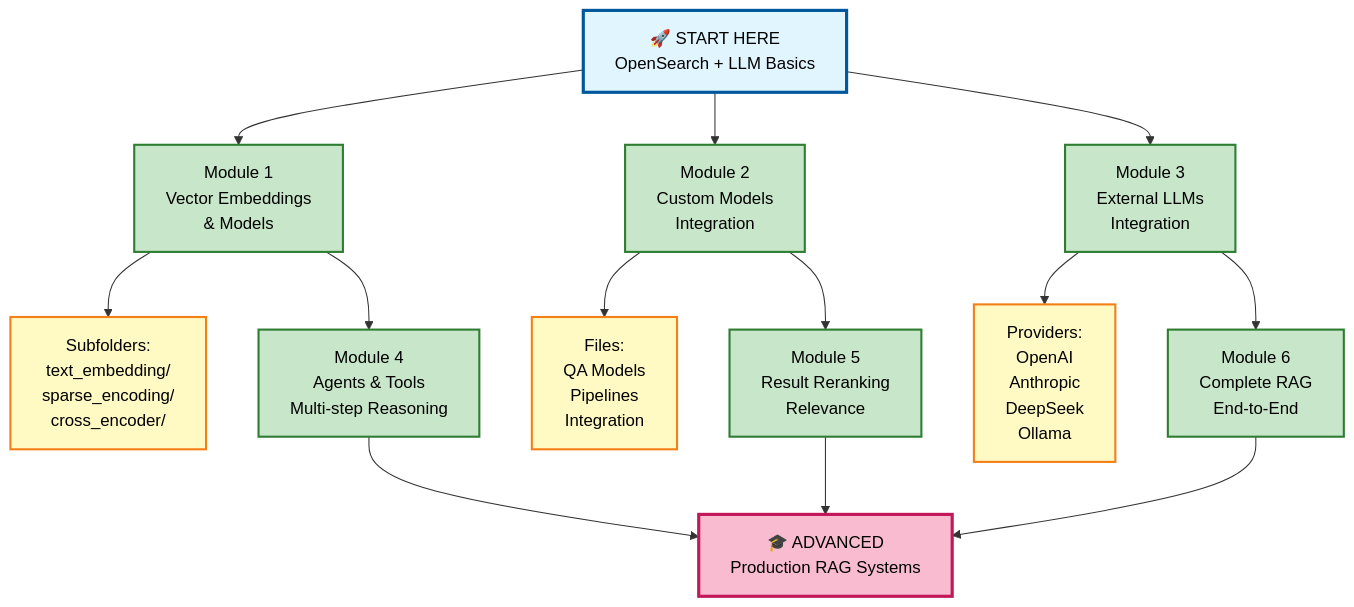
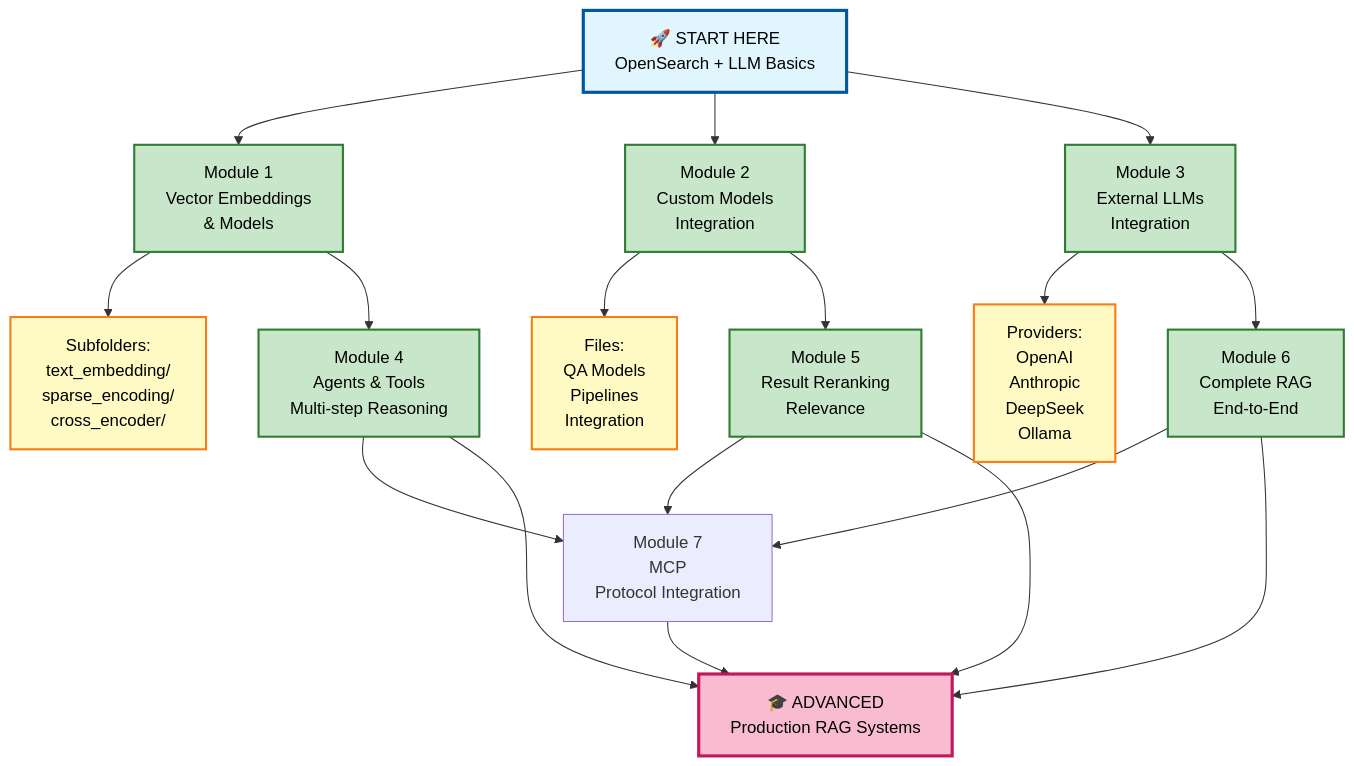
The first of 7 diagrams in 5. AGENTIC_SEARCH/DOCUMENTATION_INDEX.md (machzqcq/elasticsearch_opensearch), drawn with Mermaid before and after one commit. The commit also changed other lines of this file and 31 other files, not shown here.

````diff
--- a/5. AGENTIC_SEARCH/DOCUMENTATION_INDEX.md
+++ b/5. AGENTIC_SEARCH/DOCUMENTATION_INDEX.md
@@ -32,28 +32,33 @@
 ```mermaid
 graph TD
     Start["🚀 START HERE<br/>OpenSearch + LLM Basics"] --> M1["Module 1<br/>Vector Embeddings<br/>& Models"]
     Start --> M2["Module 2<br/>Custom Models<br/>Integration"]
     Start --> M3["Module 3<br/>External LLMs<br/>Integration"]
     
     M1 --> S["Subfolders:<br/>text_embedding/<br/>sparse_encoding/<br/>cross_encoder/"]
     M2 --> C["Files:<br/>QA Models<br/>Pipelines<br/>Integration"]
     M3 --> E["Providers:<br/>OpenAI<br/>Anthropic<br/>DeepSeek<br/>Ollama"]
     
     M1 --> M4["Module 4<br/>Agents & Tools<br/>Multi-step Reasoning"]
     M2 --> M5["Module 5<br/>Result Reranking<br/>Relevance"]
     M3 --> M6["Module 6<br/>Complete RAG<br/>End-to-End"]
     
-    M4 --> Advanced["🎓 ADVANCED<br/>Production RAG Systems"]
+    M4 --> M7["Module 7<br/>MCP<br/>Protocol Integration"]
+    M5 --> M7
+    M6 --> M7
+    
+    M7 --> Advanced["🎓 ADVANCED<br/>Production RAG Systems"]
+    M4 --> Advanced
     M5 --> Advanced
     M6 --> Advanced
     
     classDef start fill:#e1f5fe,stroke:#01579b,stroke-width:3px,color:#000
     classDef module fill:#c8e6c9,stroke:#2e7d32,stroke-width:2px,color:#000
     classDef sub fill:#fff9c4,stroke:#f57f17,stroke-width:2px,color:#000
     classDef adv fill:#f8bbd0,stroke:#c2185b,stroke-width:3px,color:#000
     
     class Start start
     class M1,M2,M3,M4,M5,M6 module
     class S,C,E sub
     class Advanced adv
 ```
````
